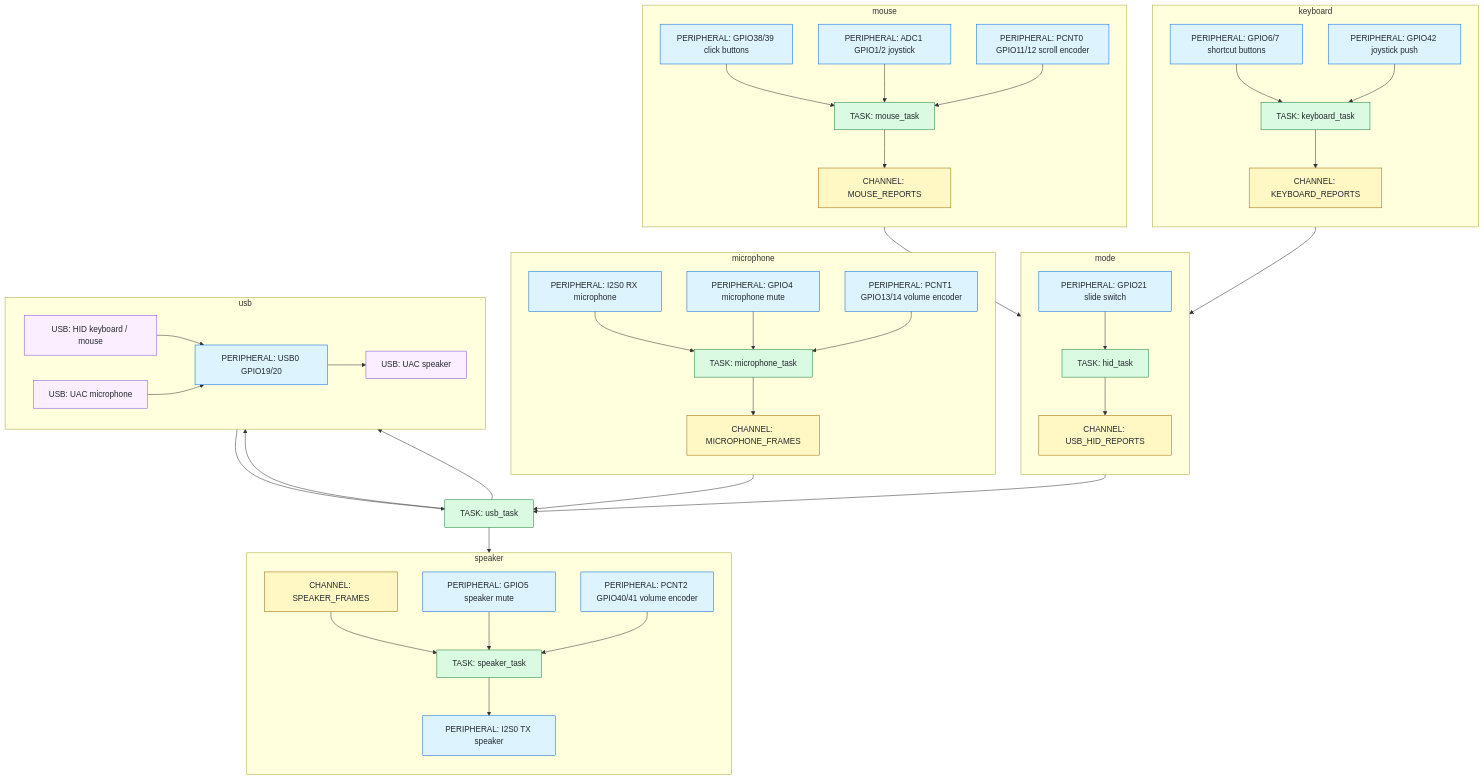
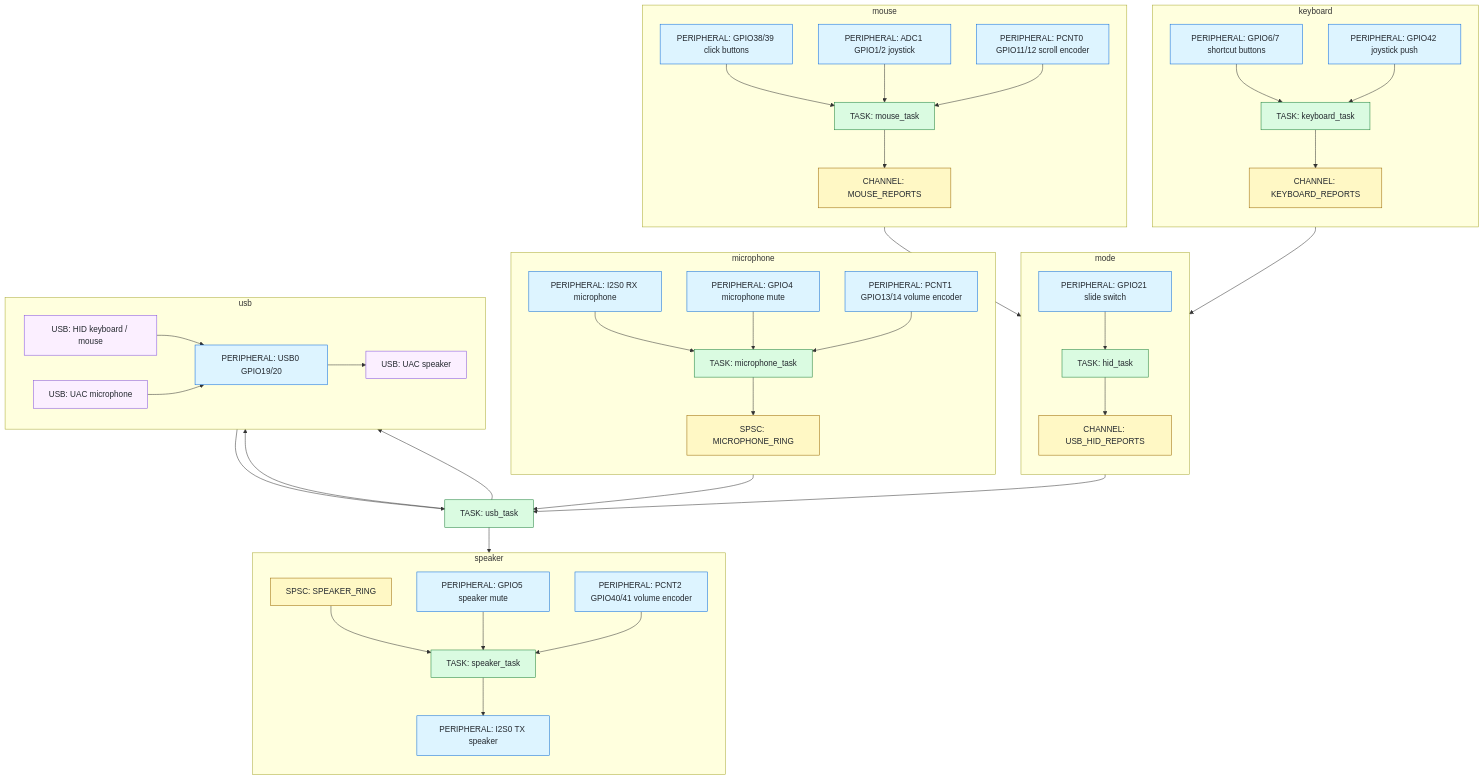
One commit to segfau-yama/dxxk_mouse changed the diagram in README.md. Above: the diagram before and after it, drawn with Mermaid. The commit also changed other lines of this file and 21 other files, not shown here.

```diff
--- a/README.md
+++ b/README.md
@@ -87,7 +87,7 @@
     MicMuteGpio["PERIPHERAL: GPIO4 microphone mute"]
     MicVolumePcnt["PERIPHERAL: PCNT1 GPIO13/14 volume encoder"]
     MicrophoneTask["TASK: microphone_task"]
-    MicrophoneFrames["CHANNEL: MICROPHONE_FRAMES"]
+    MicrophoneFrames["SPSC: MICROPHONE_RING"]
     I2sMic --> MicrophoneTask
     MicMuteGpio --> MicrophoneTask
     MicVolumePcnt --> MicrophoneTask
@@ -96,7 +96,7 @@
 
   subgraph Speaker["speaker"]
     direction TB
-    SpeakerFrames["CHANNEL: SPEAKER_FRAMES"]
+    SpeakerFrames["SPSC: SPEAKER_RING"]
     SpeakerMuteGpio["PERIPHERAL: GPIO5 speaker mute"]
     SpeakerVolumePcnt["PERIPHERAL: PCNT2 GPIO40/41 volume encoder"]
     SpeakerTask["TASK: speaker_task"]
```
